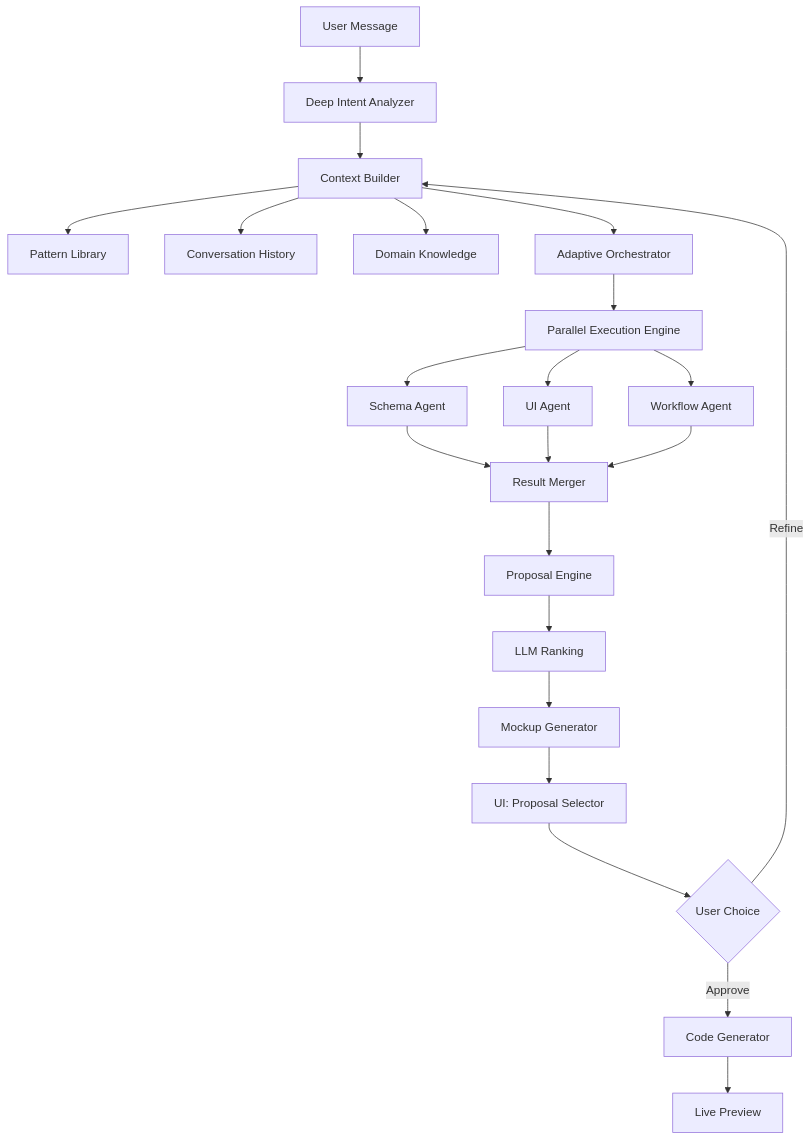
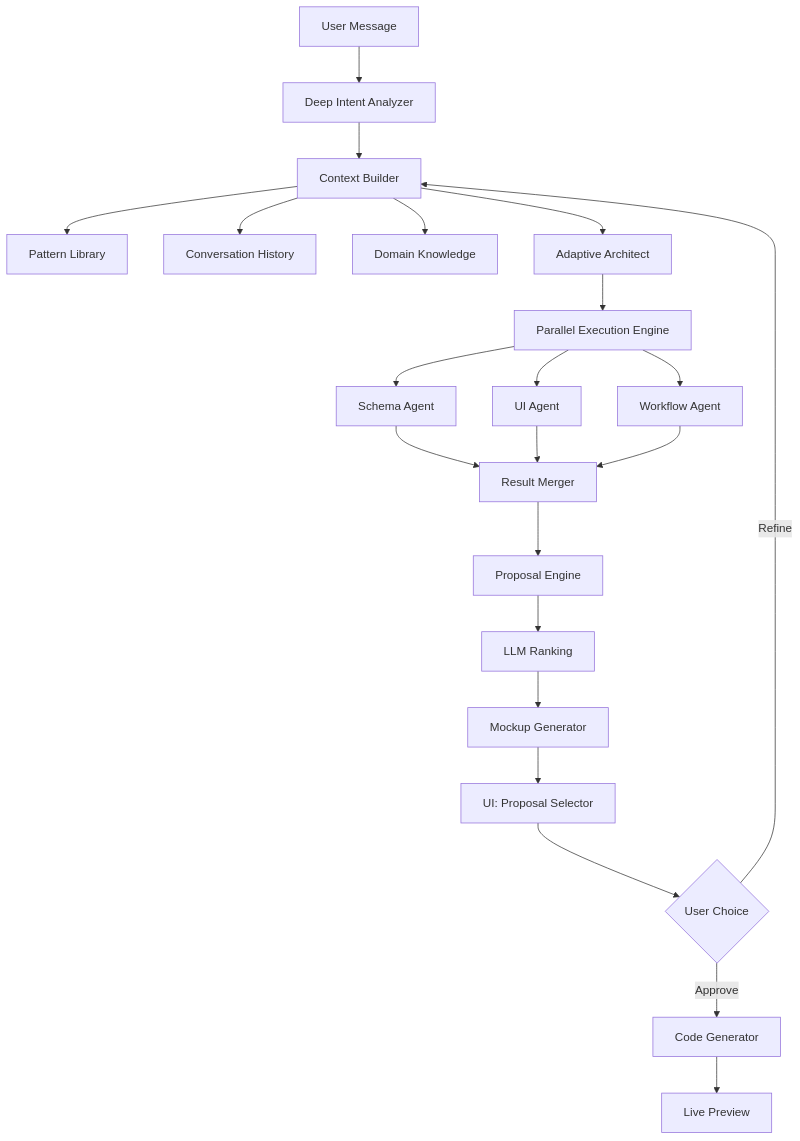
Before and after one commit to youwenshao/cumulonimbus: the second of 2 diagrams in .cursor/plans/dynamic_ai_pipeline_evolution_be4aa4e9.plan.md, drawn with Mermaid. The commit also changed other lines of this file and 12 other files, not shown here.

First line of the commit message:
Update README and refactor scaffolder components to replace 'orchestrator' with 'architect'

````diff
--- a/.cursor/plans/dynamic_ai_pipeline_evolution_be4aa4e9.plan.md
+++ b/.cursor/plans/dynamic_ai_pipeline_evolution_be4aa4e9.plan.md
@@ -749,33 +749,33 @@
 ```mermaid
 graph TB
     User[User Message] --> Analyzer[Deep Intent Analyzer]
     Analyzer --> ContextBuilder[Context Builder]
     
     ContextBuilder --> Patterns[Pattern Library]
     ContextBuilder --> History[Conversation History]
     ContextBuilder --> Domain[Domain Knowledge]
     
-    ContextBuilder --> Orchestrator[Adaptive Orchestrator]
+    ContextBuilder --> Architect[Adaptive Architect]
     
-    Orchestrator --> ParallelExecution[Parallel Execution Engine]
+    Architect --> ParallelExecution[Parallel Execution Engine]
     
     ParallelExecution --> SchemaAgent[Schema Agent]
     ParallelExecution --> UIAgent[UI Agent]
     ParallelExecution --> WorkflowAgent[Workflow Agent]
     
     SchemaAgent --> Merger[Result Merger]
     UIAgent --> Merger
     WorkflowAgent --> Merger
     
     Merger --> ProposalEngine[Proposal Engine]
     ProposalEngine --> Ranking[LLM Ranking]
     
     Ranking --> MockupGen[Mockup Generator]
     MockupGen --> UIComponent[UI: Proposal Selector]
     
     UIComponent --> UserDecision{User Choice}
     UserDecision -->|Refine| ContextBuilder
     UserDecision -->|Approve| CodeGen[Code Generator]
     
     CodeGen --> Preview[Live Preview]
 ```
````
